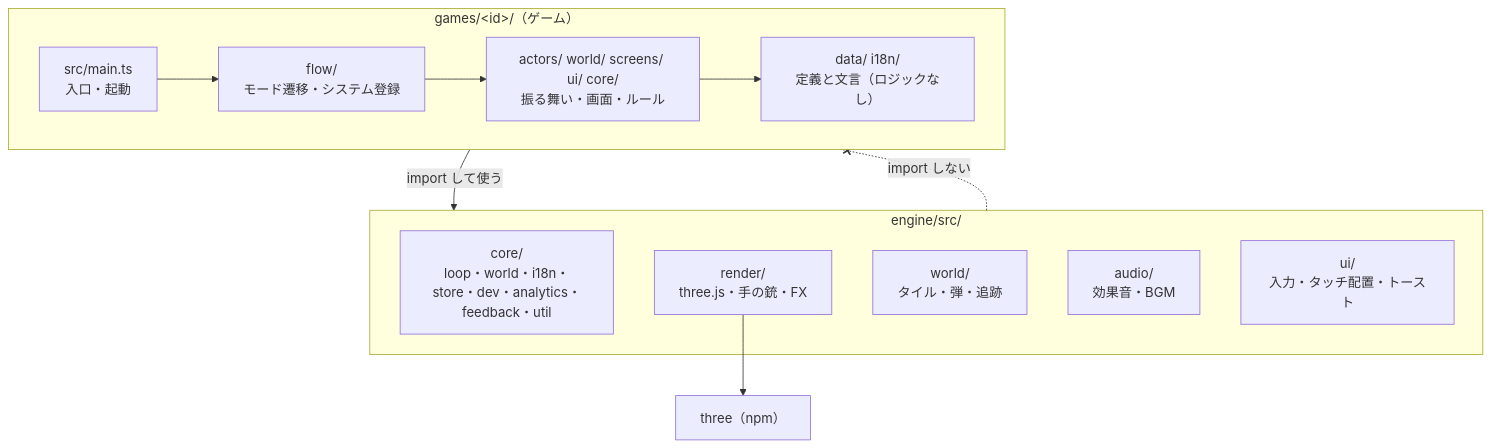
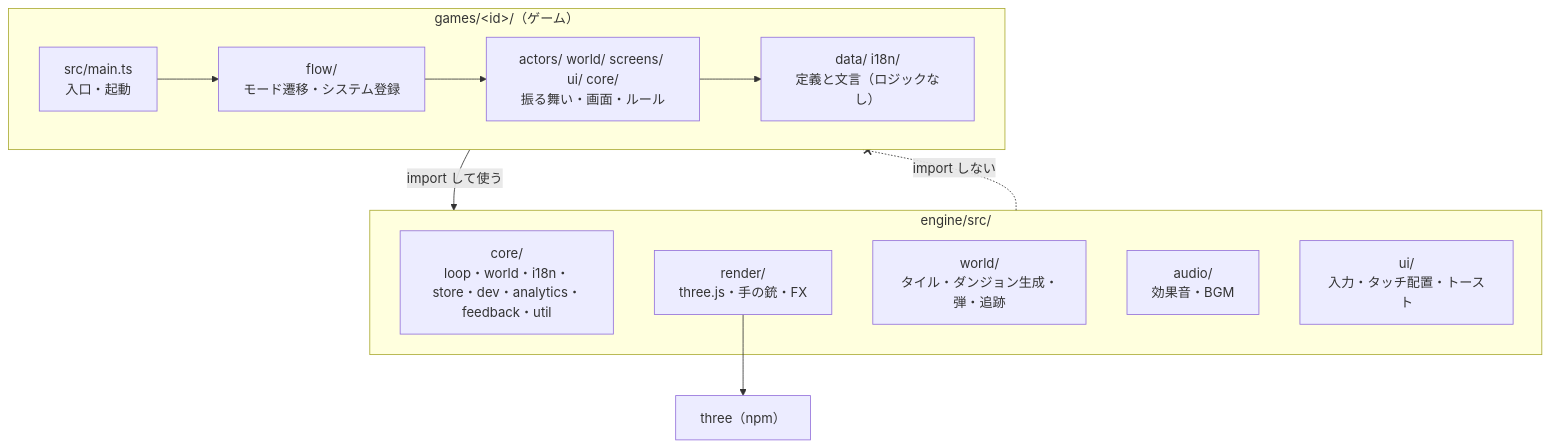
The first of 5 diagrams in engine/ARCHITECTURE.md (beatdjam/mini-games), drawn with Mermaid before and after one commit. The commit also changed 12 other files, not shown here.

First line of the commit message:
部屋と通路の生成を engine に移し、文字の図から固定マップを作れるようにする

````diff
--- a/engine/ARCHITECTURE.md
+++ b/engine/ARCHITECTURE.md
@@ -28,22 +28,22 @@
 ```mermaid
 flowchart TB
   subgraph GAME["games/&lt;id&gt;/（ゲーム）"]
     MAIN["src/main.ts<br/>入口・起動"]
     FLOW["flow/<br/>モード遷移・システム登録"]
     ACT["actors/ world/ screens/ ui/ core/<br/>振る舞い・画面・ルール"]
     DATA["data/ i18n/<br/>定義と文言（ロジックなし）"]
   end
   subgraph ENGINE["engine/src/"]
     CORE["core/<br/>loop・world・i18n・store・dev・analytics・feedback・util"]
     REND["render/<br/>three.js・手の銃・FX"]
-    WORLD["world/<br/>タイル・弾・追跡"]
+    WORLD["world/<br/>タイル・ダンジョン生成・弾・追跡"]
     AUD["audio/<br/>効果音・BGM"]
     UI["ui/<br/>入力・タッチ配置・トースト"]
   end
   THREE["three（npm）"]
 
   MAIN --> FLOW --> ACT --> DATA
   GAME -- "import して使う" --> ENGINE
   ENGINE -. "import しない" .-x GAME
   REND --> THREE
 ```
````
